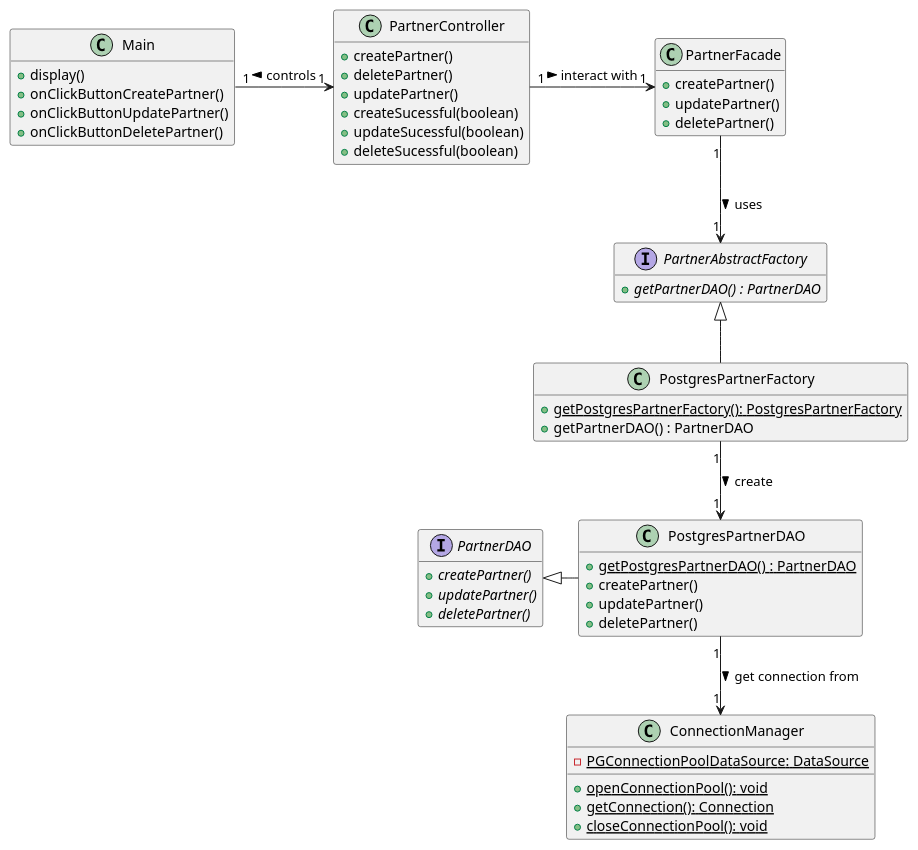
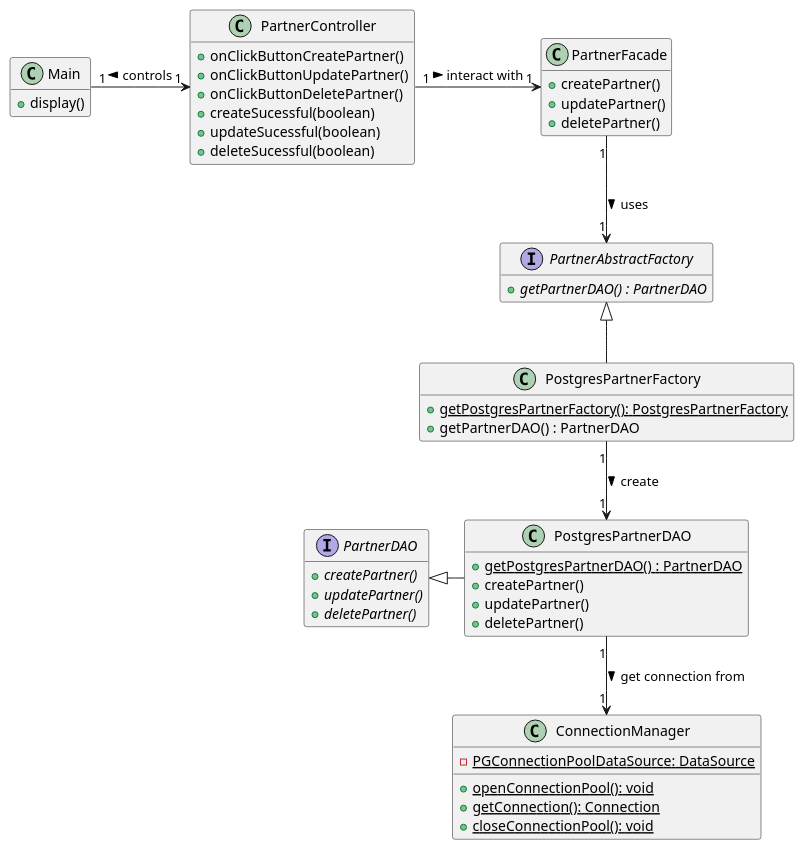
One commit to iusildra/WineCellar changed the diagram in doc/reports/final/partners/partners_classDiagram.plantUML. Above: the diagram before and after it, drawn with PlantUML. The commit also changed 12 other files, not shown here.

```diff
--- a/doc/reports/final/partners/partners_classDiagram.plantUML
+++ b/doc/reports/final/partners/partners_classDiagram.plantUML
@@ -1,71 +1,68 @@
 @startuml PartnerClassDiagram
 hide empty members
 
 class Main {
   + display()
+}
+
+class PartnerController {
   + onClickButtonCreatePartner()
   + onClickButtonUpdatePartner()
   + onClickButtonDeletePartner()
-}
-
-class PartnerController {
-  + createPartner()
-  + deletePartner()
-  + updatePartner()
   + createSucessful(boolean)
   + updateSucessful(boolean)
   + deleteSucessful(boolean)
 }
 
 
 class PartnerFacade {
   + createPartner()
   + updatePartner()
   + deletePartner()
 }
 
 
 interface PartnerAbstractFactory {
   + {abstract} getPartnerDAO() : PartnerDAO
 
 }
 
 
 class PostgresPartnerFactory {
   + {static} getPostgresPartnerFactory(): PostgresPartnerFactory
   + getPartnerDAO() : PartnerDAO
 }
 
 
 Interface PartnerDAO {
   + {abstract} createPartner()
   + {abstract} updatePartner()
   + {abstract} deletePartner()
 }
 
 
 class PostgresPartnerDAO{
   + {static} getPostgresPartnerDAO() : PartnerDAO
   + createPartner()
   + updatePartner()
   + deletePartner()
 }
 
 
 class ConnectionManager {
   - {static} PGConnectionPoolDataSource: DataSource
   + {static} openConnectionPool(): void
   + {static} getConnection(): Connection
   + {static} closeConnectionPool(): void
 }
 
 PostgresPartnerFactory -u-|> PartnerAbstractFactory
 PostgresPartnerDAO     -l-|> PartnerDAO
 
 Main            "1" -r-> "1" PartnerController: <  controls
 PartnerController      "1" -r-> "1" PartnerFacade: > interact with
 PartnerFacade          "1" --> "1" PartnerAbstractFactory: > uses
 PostgresPartnerFactory "1" --> "1" PostgresPartnerDAO: > create
 PostgresPartnerDAO     "1" --> "1" ConnectionManager:> get connection from
 
 @enduml
```
